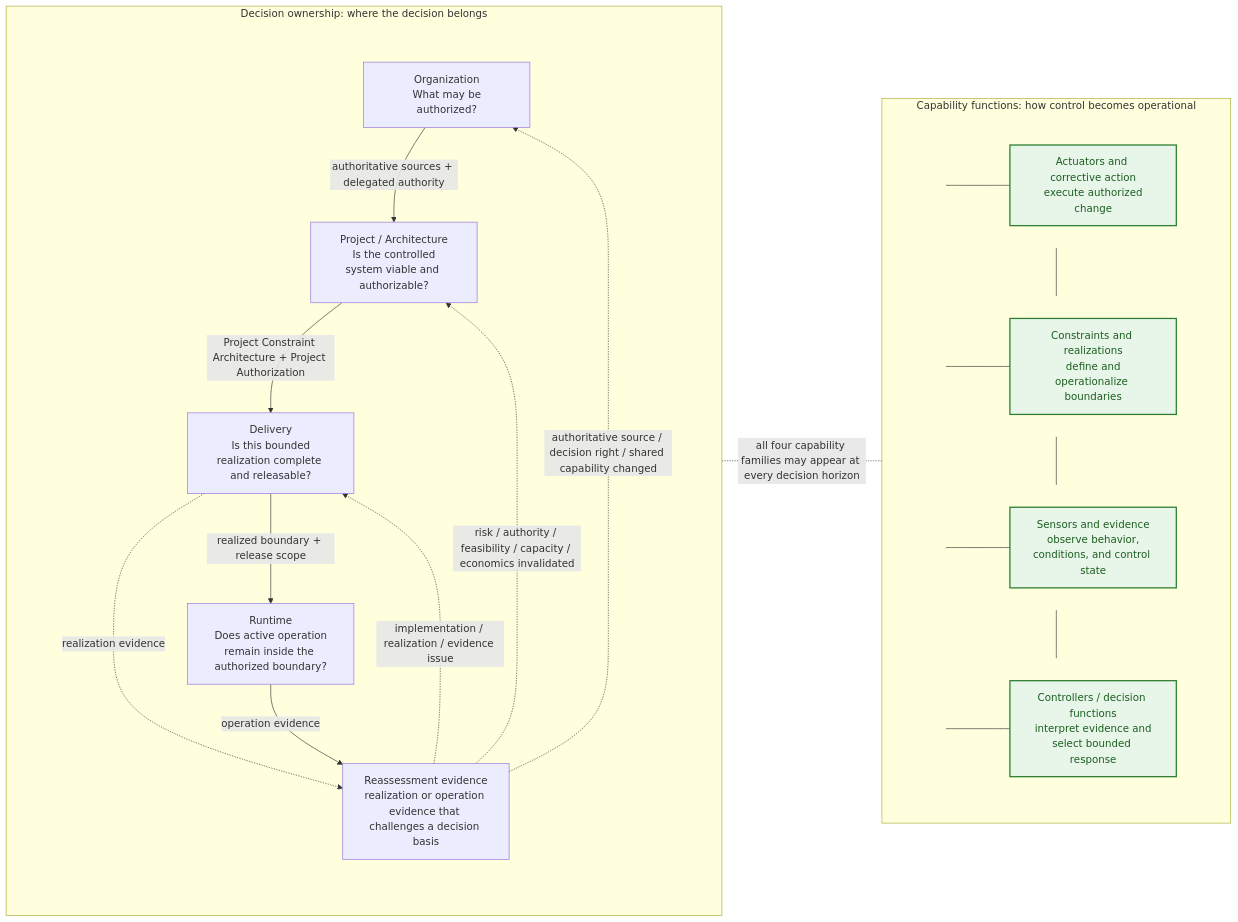
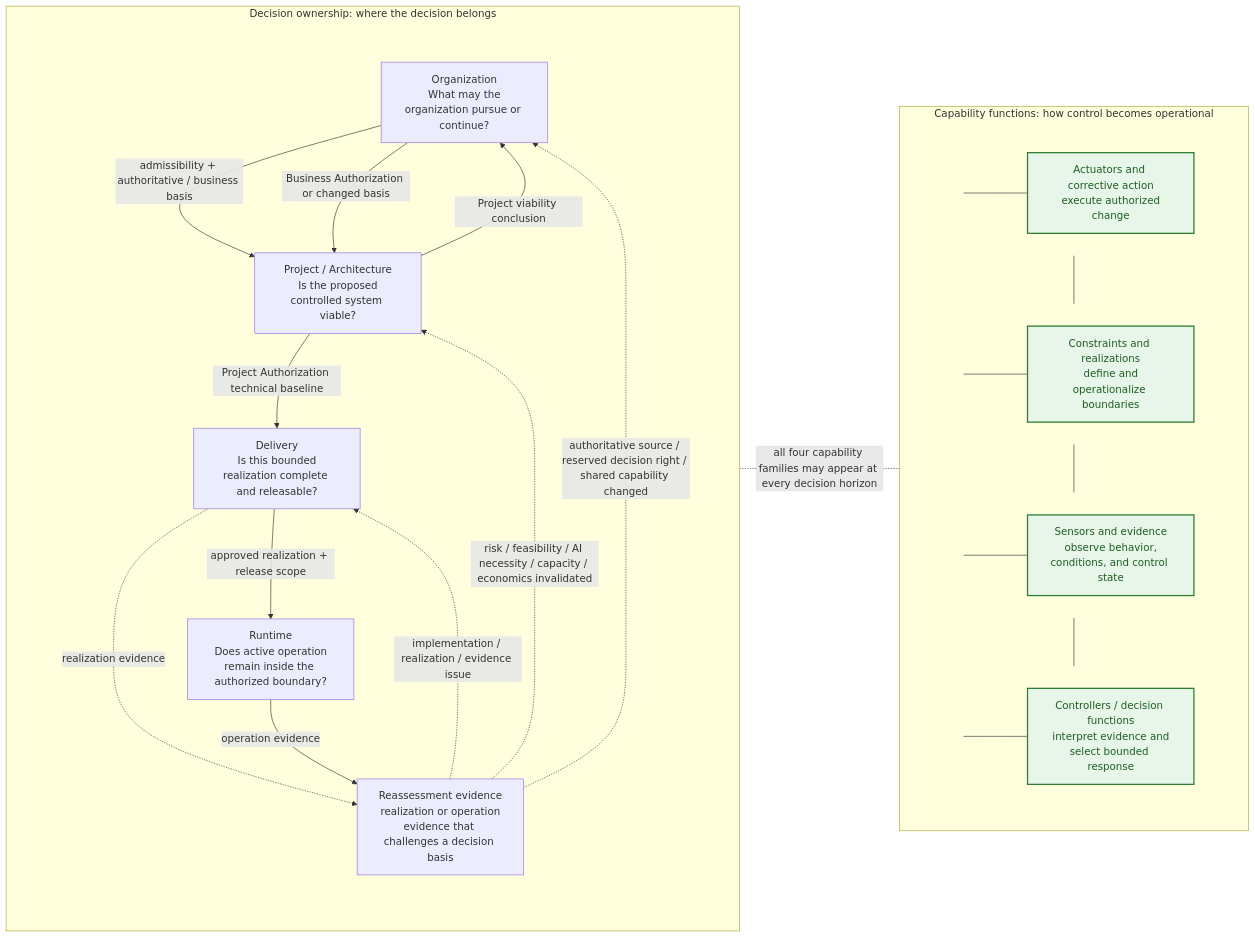
The ninth of 15 diagrams in content/research/notes/open-engineering-specification-article-draft.md (UncertaintyArchitectureGroup/uncertainty-architecture), drawn with Mermaid before and after one commit. The commit also changed other lines of this file, not shown here.

Commit message:
docs(article): rewrite section 4 decision ownership model

````diff
--- a/content/research/notes/open-engineering-specification-article-draft.md
+++ b/content/research/notes/open-engineering-specification-article-draft.md
@@ -499,63 +506,62 @@
 ```mermaid
 flowchart LR
     subgraph L["Decision ownership: where the decision belongs"]
         direction TB
         subgraph SPINE9[" "]
-  direction TB
-  O["Organization<br/> What may be authorized?"]
-  P["Project / Architecture<br/> Is the controlled system viable and authorizable?"]
-  D["Delivery<br/> Is this bounded realization complete and releasable?"]
-  R["Runtime<br/> Does active operation remain inside the authorized boundary?"]
-  E["Reassessment evidence<br/>realization or operation evidence that challenges a decision basis"]
+            direction TB
+            O["Organization<br/> What may the organization pursue or continue?"]
+            P["Project / Architecture<br/> Is the proposed controlled system viable?"]
+            D["Delivery<br/> Is this bounded realization complete and releasable?"]
+            R["Runtime<br/> Does active operation remain inside the authorized boundary?"]
+            E["Reassessment evidence<br/> realization or operation evidence that challenges a decision basis"]
 
-  O -->|authoritative sources + delegated authority| P
-  P -->|Project Constraint Architecture + Project Authorization| D
-  D -->|realized boundary + release scope| R
-  D -.->|realization evidence| E
-  R -->|operation evidence| E
+            O -->|admissibility + authoritative / business basis| P
+            P -->|Project viability conclusion| O
+            O -->|Business Authorization or changed basis| P
+            P -->|Project Authorization technical baseline| D
+            D -->|approved realization + release scope| R
+            D -.->|realization evidence| E
+            R -->|operation evidence| E
         end
 
         E -.->|implementation / realization / evidence issue| D
-        E -.->|risk / authority / feasibility / capacity / economics invalidated| P
-        E -.->|authoritative source / decision right / shared capability changed| O
-
+        E -.->|risk / feasibility / AI necessity / capacity / economics invalidated| P
+        E -.->|authoritative source / reserved decision right / shared capability changed| O
         style SPINE9 fill:none,stroke:none
     end
 
     subgraph F["Capability functions: how control becomes operational"]
         direction TB
-
         subgraph F1[" "]
-  direction LR
-  J1(( )) --- A["Actuators and corrective action<br/> execute authorized change"]
+            direction LR
+            J1(( )) --- A["Actuators and corrective action<br/> execute authorized change"]
         end
         subgraph F2[" "]
-  direction LR
-  J2(( )) --- K["Constraints and realizations<br/> define and operationalize boundaries"]
+            direction LR
+            J2(( )) --- K["Constraints and realizations<br/> define and operationalize boundaries"]
         end
         subgraph F3[" "]
-  direction LR
-  J3(( )) --- S["Sensors and evidence<br/> observe behavior, conditions, and control state"]
+            direction LR
+            J3(( )) --- S["Sensors and evidence<br/> observe behavior, conditions, and control state"]
         end
         subgraph F4[" "]
-  direction LR
-  J4(( )) --- C["Controllers / decision functions<br/> interpret evidence and select bounded response"]
+            direction LR
+            J4(( )) --- C["Controllers / decision functions<br/> interpret evidence and select bounded response"]
         end
 
         J1 --- J2
         J2 --- J3
         J3 --- J4
-
         style F1 fill:none,stroke:none
         style F2 fill:none,stroke:none
         style F3 fill:none,stroke:none
         style F4 fill:none,stroke:none
     end
 
     L -. "all four capability families may appear at every decision horizon" .- F
 
     classDef capability fill:#e8f5e9,stroke:#2e7d32,stroke-width:2px,color:#1b5e20;
     classDef railpoint fill:transparent,stroke:transparent,color:transparent;
     class A,K,S,C capability;
     class J1,J2,J3,J4 railpoint;
 ```
````
